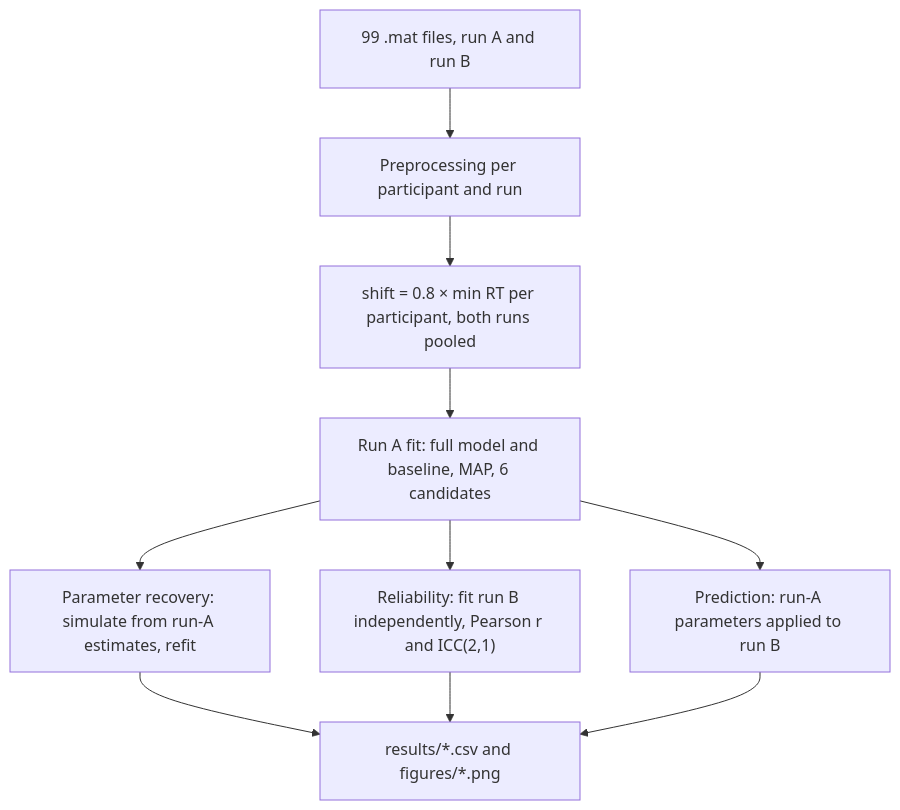
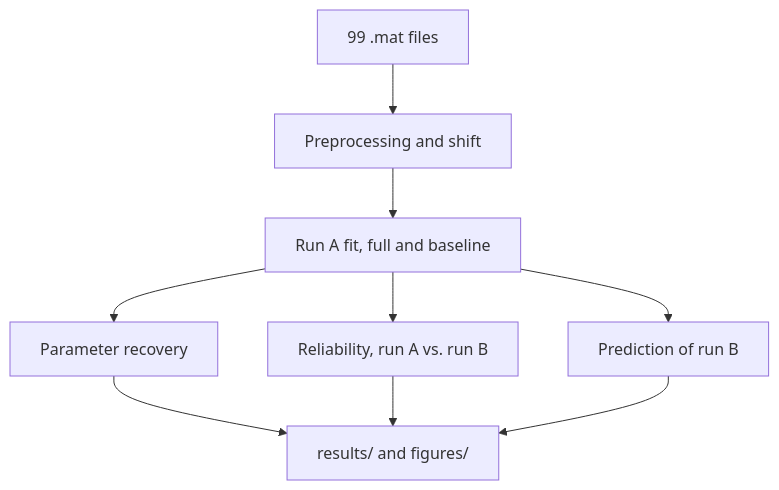
Before and after one commit to QinYan03/delay-discounting-choice-rt: the diagram in README.md, drawn with Mermaid. The commit also changed other lines of this file, not shown here.

Commit message:
Clarify README results and simplify flowchart

````diff
--- a/README.md
+++ b/README.md
@@ -28,12 +28,12 @@
 ```mermaid
+%%{init: {"flowchart": {"wrappingWidth": 400}}}%%
 flowchart TD
-    A["99 .mat files, run A and run B"] --> B["Preprocessing per participant and run"]
-    B --> C["shift = 0.8 × min RT per participant, both runs pooled"]
-    C --> D["Run A fit: full model and baseline, MAP, 6 candidates"]
-    D --> E["Parameter recovery: simulate from run-A estimates, refit"]
-    D --> F["Reliability: fit run B independently, Pearson r and ICC(2,1)"]
-    D --> G["Prediction: run-A parameters applied to run B"]
-    E --> H["results/*.csv and figures/*.png"]
+    A["99 .mat files"] --> B["Preprocessing and shift"]
+    B --> D["Run A fit, full and baseline"]
+    D --> E["Parameter recovery"]
+    D --> F["Reliability, run A vs. run B"]
+    D --> G["Prediction of run B"]
+    E --> H["results/ and figures/"]
     F --> H
     G --> H
 ```
````
